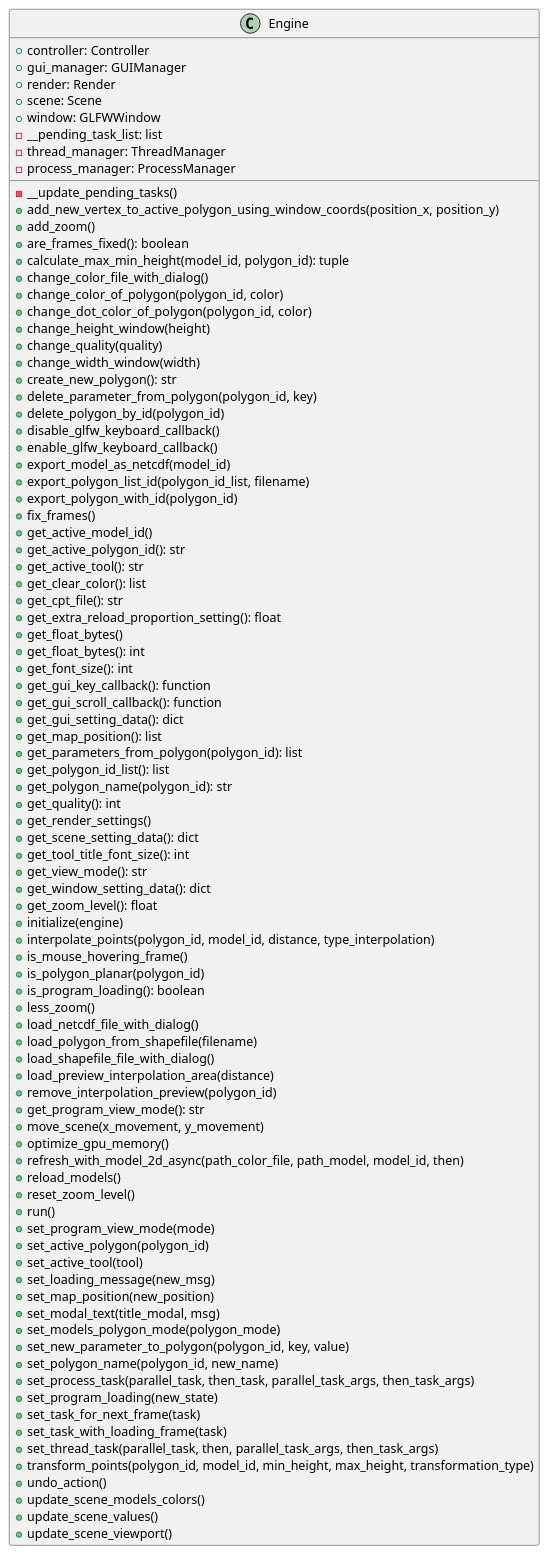
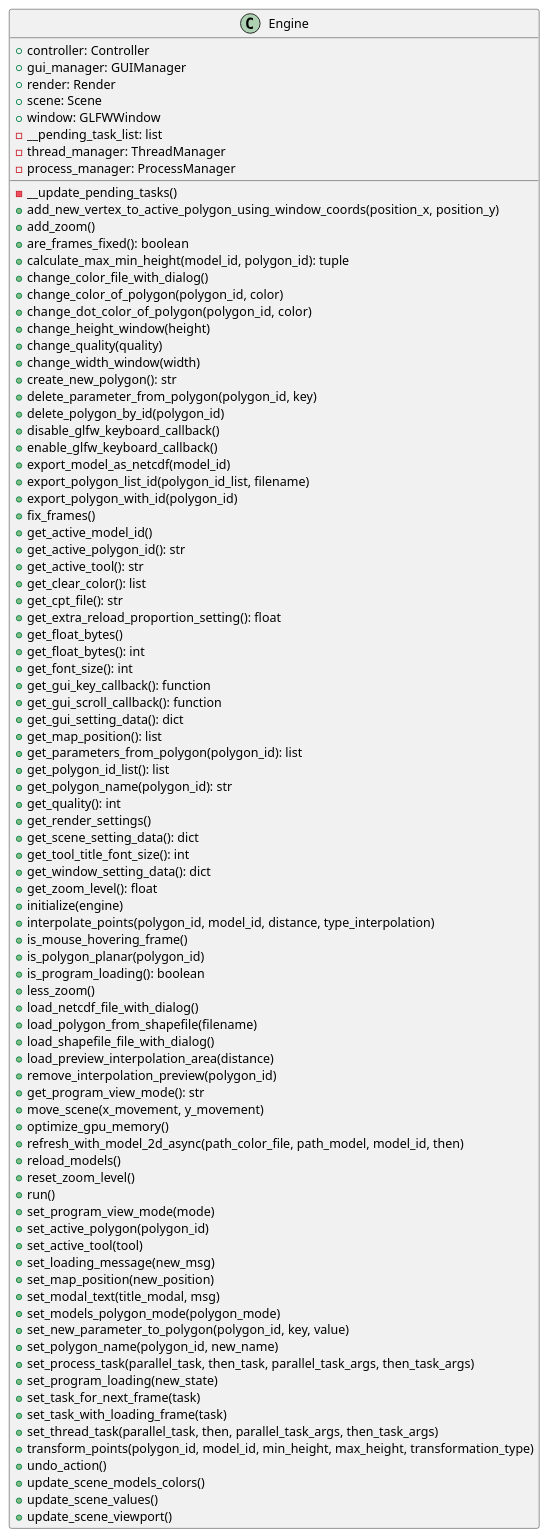
The diagram in docs/classes/Engine.puml (ferpoble2/Relief_Creator), drawn with PlantUML before and after one commit. The commit also changed 5 other files, not shown here.

```diff
--- a/docs/classes/Engine.puml
+++ b/docs/classes/Engine.puml
@@ -1,94 +1,93 @@
 @startuml
 class Engine {
     + controller: Controller
     + gui_manager: GUIManager
     + render: Render
     + scene: Scene
     + window: GLFWWindow
     - __pending_task_list: list
     - thread_manager: ThreadManager
     - process_manager: ProcessManager
 
     - __update_pending_tasks()
     + add_new_vertex_to_active_polygon_using_window_coords(position_x, position_y)
     + add_zoom()
     + are_frames_fixed(): boolean
     + calculate_max_min_height(model_id, polygon_id): tuple
     + change_color_file_with_dialog()
     + change_color_of_polygon(polygon_id, color)
     + change_dot_color_of_polygon(polygon_id,  color)
     + change_height_window(height)
     + change_quality(quality)
     + change_width_window(width)
     + create_new_polygon(): str
     + delete_parameter_from_polygon(polygon_id, key)
     + delete_polygon_by_id(polygon_id)
     + disable_glfw_keyboard_callback()
     + enable_glfw_keyboard_callback()
     + export_model_as_netcdf(model_id)
     + export_polygon_list_id(polygon_id_list, filename)
     + export_polygon_with_id(polygon_id)
     + fix_frames()
     + get_active_model_id()
     + get_active_polygon_id(): str
     + get_active_tool(): str
     + get_clear_color(): list
     + get_cpt_file(): str
     + get_extra_reload_proportion_setting(): float
     + get_float_bytes()
     + get_float_bytes(): int
     + get_font_size(): int
     + get_gui_key_callback(): function
     + get_gui_scroll_callback(): function
     + get_gui_setting_data(): dict
     + get_map_position(): list
     + get_parameters_from_polygon(polygon_id): list
     + get_polygon_id_list(): list
     + get_polygon_name(polygon_id): str
     + get_quality(): int
     + get_render_settings()
     + get_scene_setting_data(): dict
     + get_tool_title_font_size(): int
-    + get_view_mode(): str
     + get_window_setting_data(): dict
     + get_zoom_level(): float
     + initialize(engine)
     + interpolate_points(polygon_id, model_id, distance, type_interpolation)
     + is_mouse_hovering_frame()
     + is_polygon_planar(polygon_id)
     + is_program_loading(): boolean
     + less_zoom()
     + load_netcdf_file_with_dialog()
     + load_polygon_from_shapefile(filename)
     + load_shapefile_file_with_dialog()
     + load_preview_interpolation_area(distance)
     + remove_interpolation_preview(polygon_id)
     + get_program_view_mode(): str
     + move_scene(x_movement, y_movement)
     + optimize_gpu_memory()
     + refresh_with_model_2d_async(path_color_file, path_model, model_id, then)
     + reload_models()
     + reset_zoom_level()
     + run()
     + set_program_view_mode(mode)
     + set_active_polygon(polygon_id)
     + set_active_tool(tool)
     + set_loading_message(new_msg)
     + set_map_position(new_position)
     + set_modal_text(title_modal, msg)
     + set_models_polygon_mode(polygon_mode)
     + set_new_parameter_to_polygon(polygon_id, key, value)
     + set_polygon_name(polygon_id, new_name)
     + set_process_task(parallel_task, then_task, parallel_task_args, then_task_args)
     + set_program_loading(new_state)
     + set_task_for_next_frame(task)
     + set_task_with_loading_frame(task)
     + set_thread_task(parallel_task, then, parallel_task_args, then_task_args)
     + transform_points(polygon_id, model_id, min_height, max_height, transformation_type)
     + undo_action()
     + update_scene_models_colors()
     + update_scene_values()
     + update_scene_viewport()
 }
 
 @enduml
```
